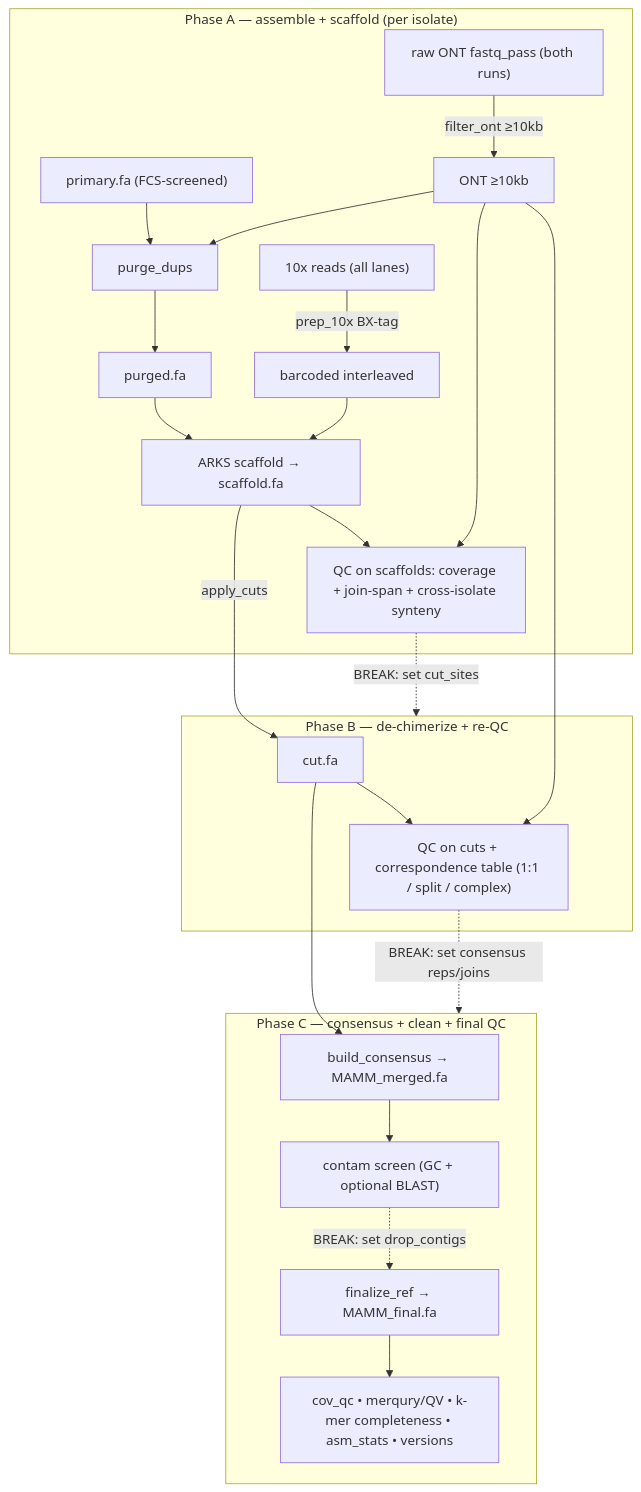
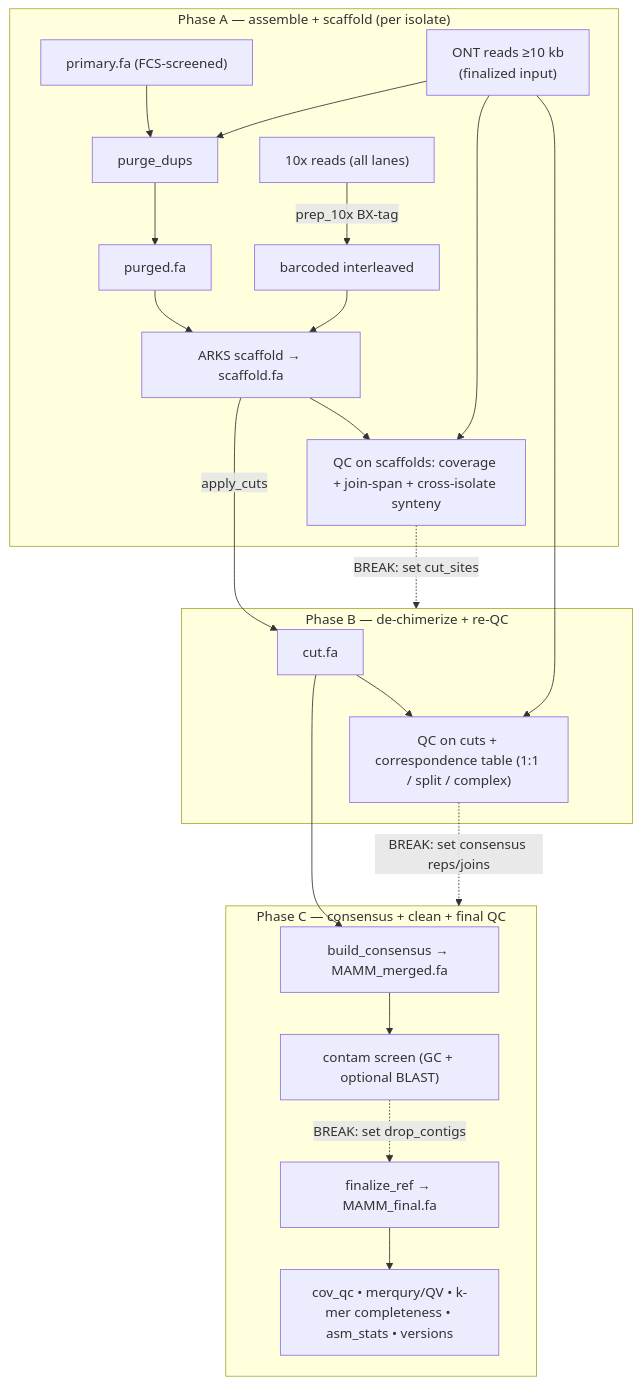
One commit to harvardinformatics/rotifer-consensus-assembly changed the diagram in README.md. Above: the diagram before and after it, drawn with Mermaid. The commit also changed other lines of this file and 2 other files, not shown here.

First line of the commit message:
Consume finalized ONT reads from source-data/ont-2024-filt (drop in-workflow filter)

````diff
--- a/README.md
+++ b/README.md
@@ -16,23 +16,23 @@
 ```mermaid
 flowchart TD
   subgraph A["Phase A — assemble + scaffold (per isolate)"]
-    RAW["raw ONT fastq_pass (both runs)"] -->|filter_ont ≥10kb| ONT["ONT ≥10kb"]
+    ONT["ONT reads ≥10 kb<br/>(finalized input)"]
     PRI["primary.fa (FCS-screened)"] --> PD["purge_dups"]
     ONT --> PD --> PG["purged.fa"]
     TX["10x reads (all lanes)"] -->|prep_10x BX-tag| BX["barcoded interleaved"]
     PG & BX --> SC["ARKS scaffold → scaffold.fa"]
     SC & ONT --> QA["QC on scaffolds: coverage + join-span + cross-isolate synteny"]
   end
   QA -.->|BREAK: set cut_sites| B
   subgraph B["Phase B — de-chimerize + re-QC"]
     SC -->|apply_cuts| CUT["cut.fa"]
     CUT & ONT --> QB["QC on cuts + correspondence table (1:1 / split / complex)"]
   end
   QB -.->|BREAK: set consensus reps/joins| C
   subgraph C["Phase C — consensus + clean + final QC"]
     CUT --> MERGE["build_consensus → MAMM_merged.fa"]
     MERGE --> SCR["contam screen (GC + optional BLAST)"]
     SCR -.->|BREAK: set drop_contigs| FIN["finalize_ref → MAMM_final.fa"]
     FIN --> QC["cov_qc • merqury/QV • k-mer completeness • asm_stats • versions"]
   end
 ```
````
